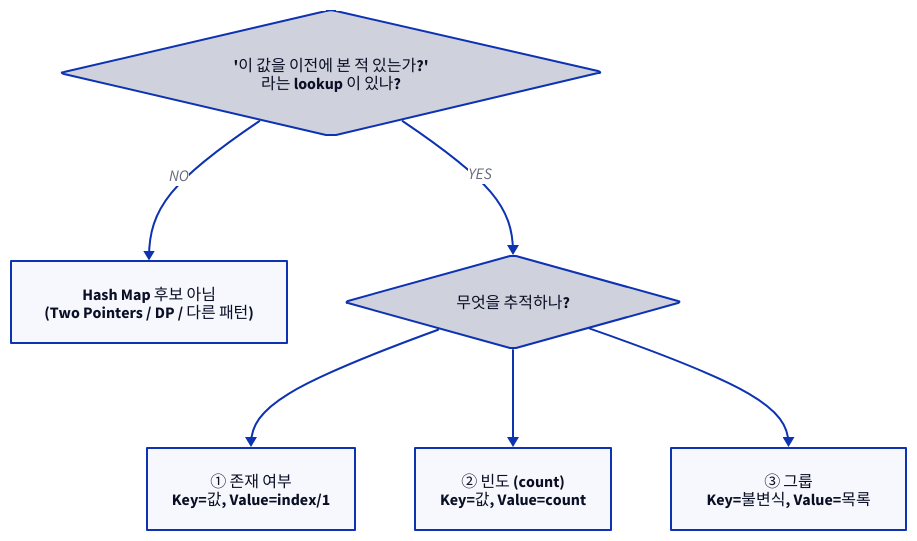
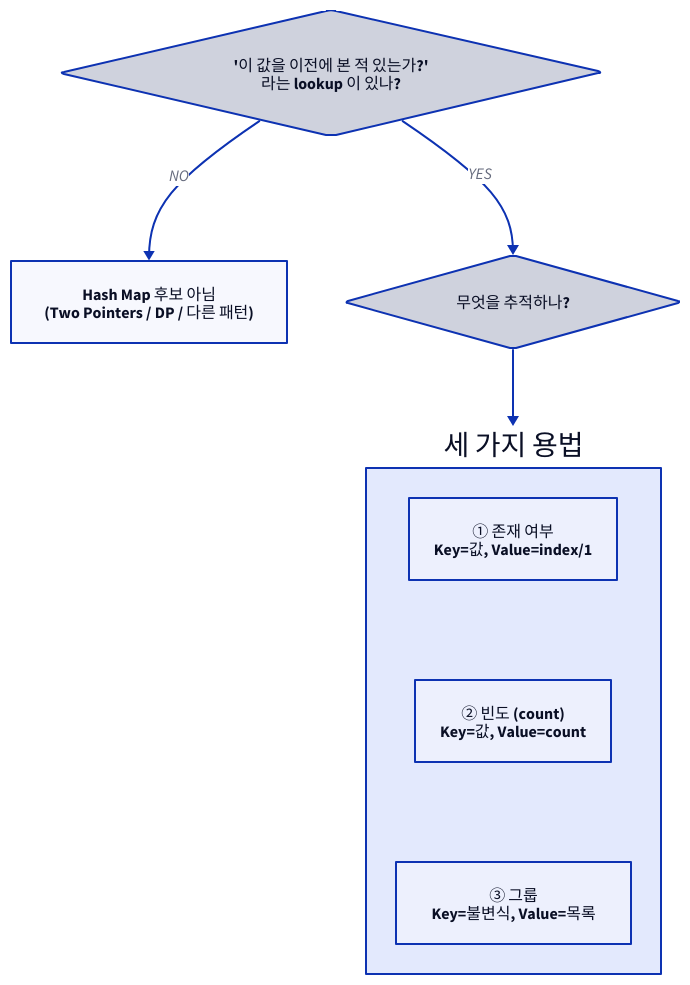
One commit to humbleowl39/DV_SKOOL changed the second of 2 diagrams in topics/bigtech_algorithm/docs/02_array_hashmap_explained.md. Above: the diagram before and after it, drawn with D2. The commit also changed other lines of this file and 90 other files, not shown here.

First line of the commit message:
docs: 전 토픽 다이어그램 정비 — ASCII→D2, mermaid→D2, 과대 D2 가시성 수정

````diff
--- a/topics/bigtech_algorithm/docs/02_array_hashmap_explained.md
+++ b/topics/bigtech_algorithm/docs/02_array_hashmap_explained.md
@@ -200,15 +199,18 @@
 ```d2
 direction: down
 
 Q1: "'이 값을 이전에 본 적 있는가?'\n라는 lookup 이 있나?" { shape: diamond }
 NO: "Hash Map 후보 아님\n(Two Pointers / DP / 다른 패턴)"
 Q2: "무엇을 추적하나?" { shape: diamond }
-U1: "① 존재 여부\nKey=값, Value=index/1"
-U2: "② 빈도 (count)\nKey=값, Value=count"
-U3: "③ 그룹\nKey=불변식, Value=목록"
+U: "세 가지 용법" {
+  direction: down
+  U1: "① 존재 여부\nKey=값, Value=index/1"
+  U2: "② 빈도 (count)\nKey=값, Value=count"
+  U3: "③ 그룹\nKey=불변식, Value=목록"
+  U1 -> U2: { style.opacity: 0 }
+  U2 -> U3: { style.opacity: 0 }
+}
 Q1 -> NO: "NO"
 Q1 -> Q2: "YES"
-Q2 -> U1
-Q2 -> U2
-Q2 -> U3
+Q2 -> U
 ```
````
